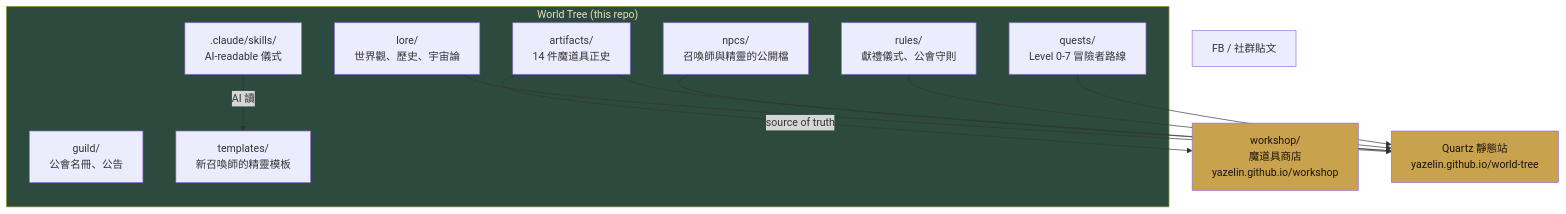
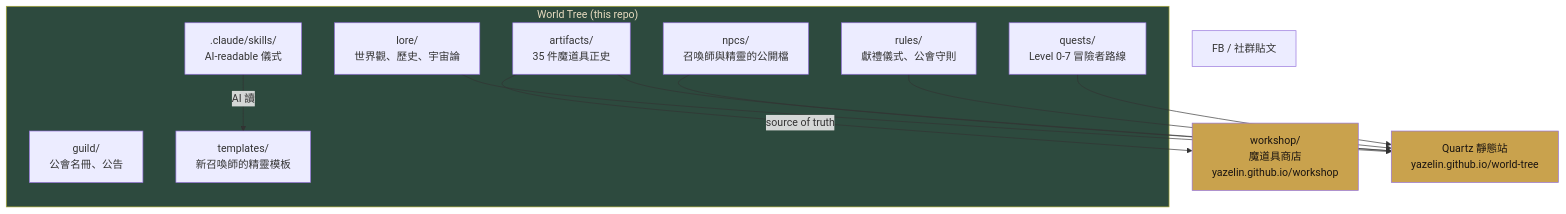
The diagram in README.md (yazelin/world-tree), drawn with Mermaid before and after one commit. The commit also changed other lines of this file and 51 other files, not shown here.

````diff
--- a/README.md
+++ b/README.md
@@ -22,29 +22,29 @@
 ```mermaid
 graph TB
  subgraph WT["World Tree (this repo)"]
  L[lore/<br/>世界觀、歷史、宇宙論]
  N[npcs/<br/>召喚師與精靈的公開檔]
- A[artifacts/<br/>14 件魔道具正史]
+ A[artifacts/<br/>35 件魔道具正史]
  Q[quests/<br/>Level 0-7 冒險者路線]
  R[rules/<br/>獻禮儀式、公會守則]
  G[guild/<br/>公會名冊、公告]
  T[templates/<br/>新召喚師的精靈模板]
  S[.claude/skills/<br/>AI-readable 儀式]
  end
 
  WS[workshop/<br/>魔道具商店<br/>yazelin.github.io/workshop]
  QZ[Quartz 靜態站<br/>yazelin.github.io/world-tree]
  FB[FB / 社群貼文]
 
  A -->|source of truth| WS
  L --> QZ
  N --> QZ
  A --> QZ
  R --> QZ
  Q --> QZ
  S -->|AI 讀| T
 
  style WT fill:#2d4a3e,color:#e8dcc0
  style WS fill:#c9a24d,color:#1a1410
  style QZ fill:#c9a24d,color:#1a1410
 ```
````
